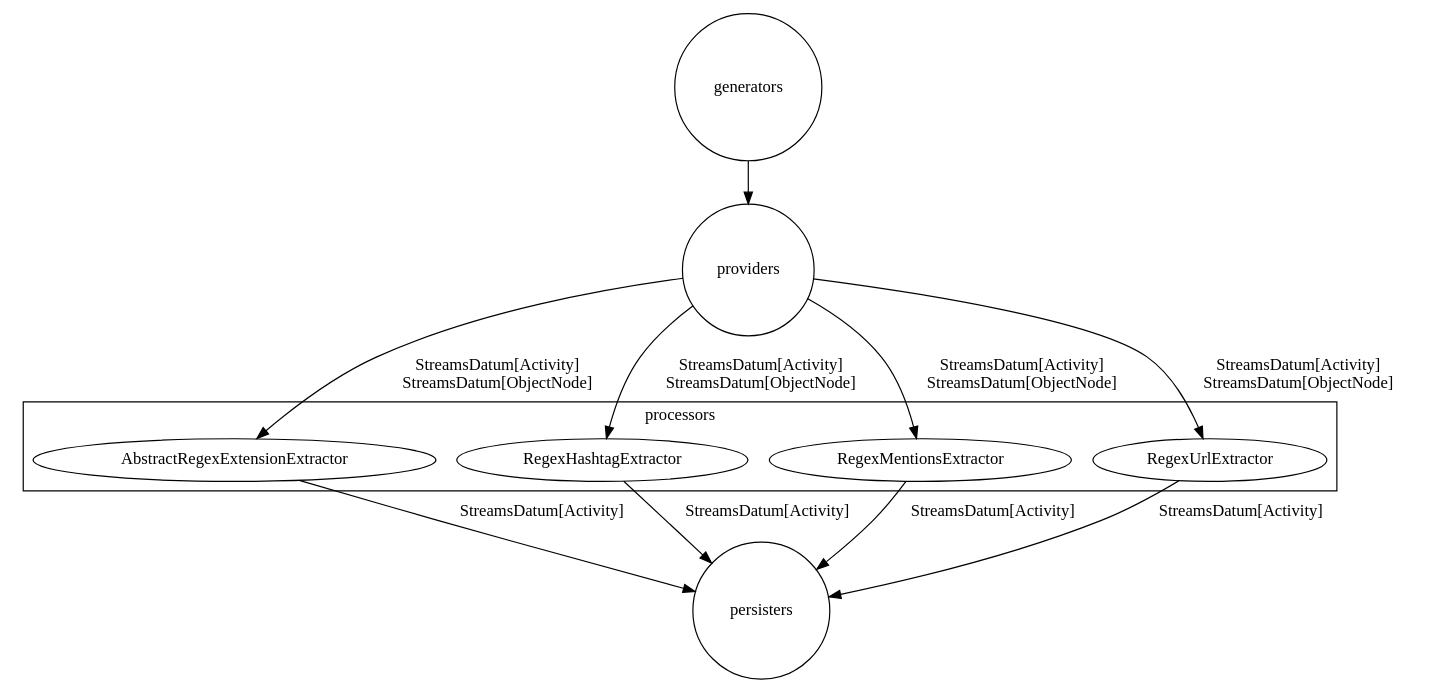
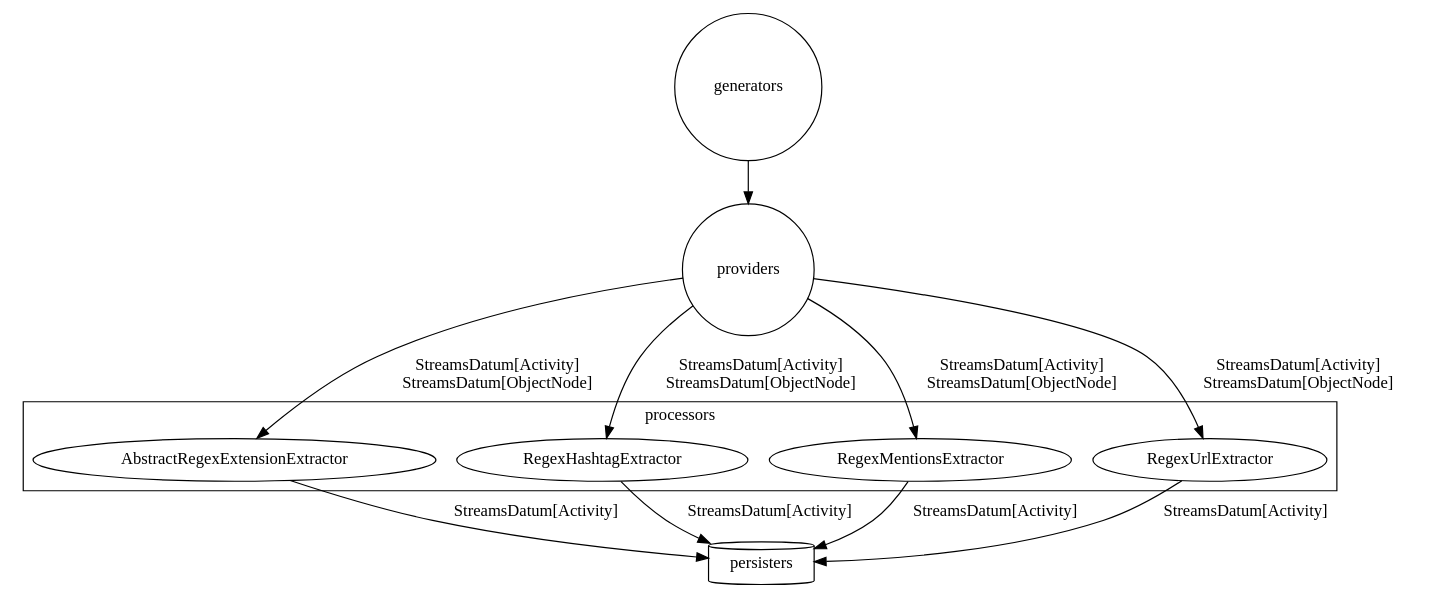
The diagram in streams-contrib/streams-processor-regex/src/main/resources/components.dot (apache/streams), drawn with Graphviz before and after one commit. The commit also changed 59 other files, not shown here.

Commit message:
another round of README and diagram improvements

```diff
--- a/streams-contrib/streams-processor-regex/src/main/resources/components.dot
+++ b/streams-contrib/streams-processor-regex/src/main/resources/components.dot
@@ -1,36 +1,36 @@
 digraph g {
 
   graph [compound = true];
 
   //presentation
   splines = true;
   overlap = false;
   rankdir = TB;
 
   generators [label="generators", shape="circle"];
   providers [label="providers", shape="circle"];
-  persisters [label="persisters", shape="circle"];
+  persisters [label="persisters", shape="cylinder"];
 
   subgraph cluster_processors {
     label="processors";
     processors_regex_AbstractRegexExtensionExtractor [label="AbstractRegexExtensionExtractor"]
     processors_regex_RegexHashtagExtractor [label="RegexHashtagExtractor"]
     processors_regex_RegexMentionsExtractor [label="RegexMentionsExtractor"]
     processors_regex_RegexUrlExtractor [label="RegexUrlExtractor"]
   }
 
   generators -> providers
 
   providers -> processors_regex_AbstractRegexExtensionExtractor [label="StreamsDatum[Activity]\nStreamsDatum[ObjectNode]"]
   processors_regex_AbstractRegexExtensionExtractor -> persisters [label="StreamsDatum[Activity]"]
 
   providers -> processors_regex_RegexHashtagExtractor [label="StreamsDatum[Activity]\nStreamsDatum[ObjectNode]"]
   processors_regex_RegexHashtagExtractor -> persisters [label="StreamsDatum[Activity]"]
 
   providers -> processors_regex_RegexMentionsExtractor [label="StreamsDatum[Activity]\nStreamsDatum[ObjectNode]"]
   processors_regex_RegexMentionsExtractor -> persisters [label="StreamsDatum[Activity]"]
 
   providers -> processors_regex_RegexUrlExtractor [label="StreamsDatum[Activity]\nStreamsDatum[ObjectNode]"]
   processors_regex_RegexUrlExtractor -> persisters [label="StreamsDatum[Activity]"]
 
 }
```
